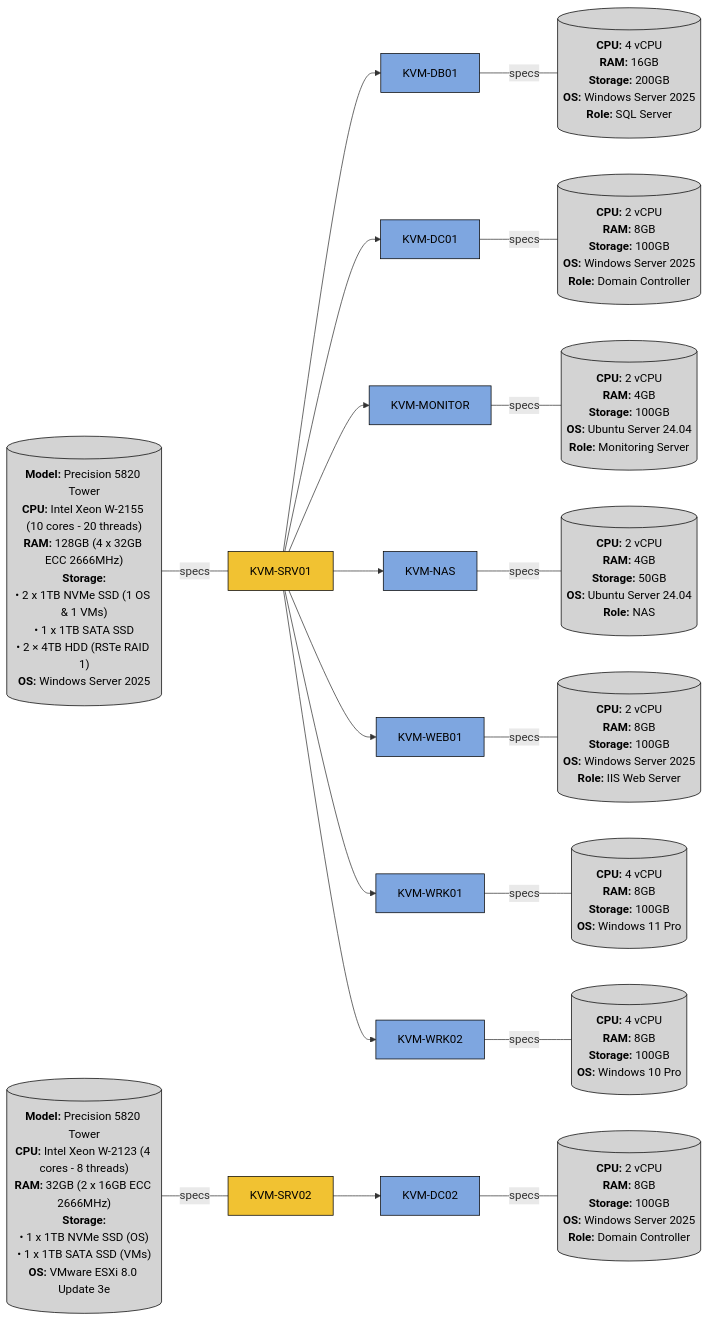
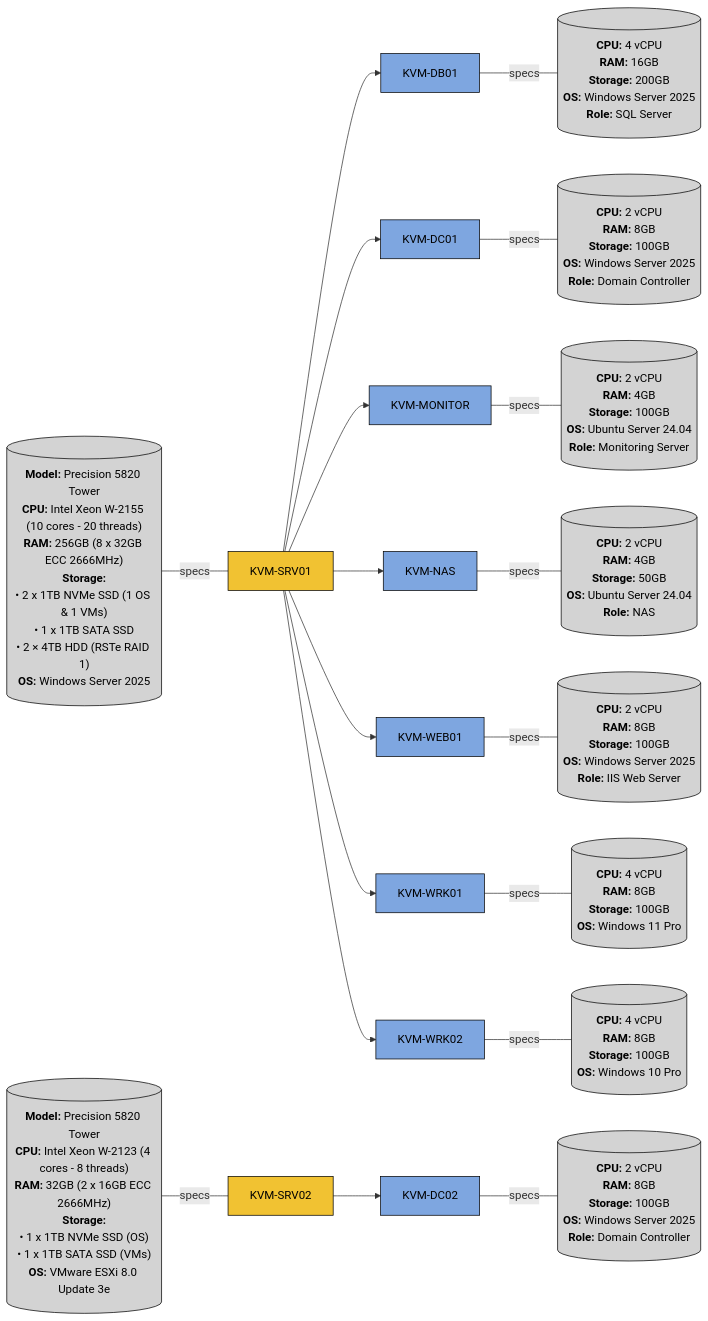
The diagram in README.md (khangvum/homelab-ansible-config), drawn with Mermaid before and after one commit.

Commit message:
Upgraded KVM-SRV01 RAM to 256GB

````diff
--- a/README.md
+++ b/README.md
@@ -14,75 +14,75 @@
 ```mermaid
 flowchart LR
     %% 1. KVM-SRV01
     %% - Host
     SRV01_SPECS[("`**Model:** Precision 5820 Tower
         **CPU:** Intel Xeon W-2155 (10 cores - 20 threads)
-        **RAM:** 128GB (4 x 32GB ECC 2666MHz)
+        **RAM:** 256GB (8 x 32GB ECC 2666MHz)
         **Storage:**
         • 2 x 1TB NVMe SSD (1 OS & 1 VMs)
         • 1 x 1TB SATA SSD
         • 2 × 4TB HDD (RSTe RAID 1)
         **OS:** Windows Server 2025`")] -- specs --- SRV01[KVM-SRV01]
     
     %% - VMs
     SRV01 --> DB01[KVM-DB01] -- specs --- DB01_SPECS[("`**CPU:** 4 vCPU
                                                         **RAM:** 16GB
                                                         **Storage:** 200GB
                                                         **OS:** Windows Server 2025
                                                         **Role:** SQL Server`")]
     SRV01 --> DC01[KVM-DC01] -- specs --- DC01_SPECS[("`**CPU:** 2 vCPU
                                                         **RAM:** 8GB
                                                         **Storage:** 100GB
                                                         **OS:** Windows Server 2025
                                                         **Role:** Domain Controller`")]
     SRV01 --> MONITOR[KVM-MONITOR] -- specs --- MONITOR_SPECS[("`**CPU:** 2 vCPU
                                                                 **RAM:** 4GB
                                                                 **Storage:** 100GB
                                                                 **OS:** Ubuntu Server 24.04
                                                                 **Role:** Monitoring Server`")]
     SRV01 --> NAS[KVM-NAS] -- specs --- NAS_SPECS[("`**CPU:** 2 vCPU
                                                     **RAM:** 4GB
                                                     **Storage:** 50GB
                                                     **OS:** Ubuntu Server 24.04
                                                     **Role:** NAS`")]        
     SRV01 --> WEB01[KVM-WEB01] -- specs --- WEB01_SPECS[("`**CPU:** 2 vCPU
                                                             **RAM:** 8GB
                                                             **Storage:** 100GB
                                                             **OS:** Windows Server 2025
                                                             **Role:** IIS Web Server`")]
     SRV01 --> WRK01[KVM-WRK01] -- specs --- WRK01_SPECS[("`**CPU:** 4 vCPU
                                                             **RAM:** 8GB
                                                             **Storage:** 100GB
                                                             **OS:** Windows 11 Pro`")]
     SRV01 --> WRK02[KVM-WRK02] -- specs --- WRK02_SPECS[("`**CPU:** 4 vCPU
                                                             **RAM:** 8GB
                                                             **Storage:** 100GB
                                                             **OS:** Windows 10 Pro`")]
 
     
 
     %% 2. KVM-SRV02
     %% - Host
     SRV02_SPECS[("`**Model:** Precision 5820 Tower
         **CPU:** Intel Xeon W-2123 (4 cores - 8 threads)
         **RAM:** 32GB (2 x 16GB ECC 2666MHz)
         **Storage:**
         • 1 x 1TB NVMe SSD (OS)
         • 1 x 1TB SATA SSD (VMs)
         **OS:** VMware ESXi 8.0 Update 3e`")] -- specs --- SRV02[KVM-SRV02]
 
     %% - VMs
     SRV02 --> DC02[KVM-DC02] -- specs --- DC02_SPECS[("`**CPU:** 2 vCPU
                                                         **RAM:** 8GB
                                                         **Storage:** 100GB
                                                         **OS:** Windows Server 2025
                                                         **Role:** Domain Controller`")]
 
     %% Styling
     class SRV01,SRV02 hosts
     classDef hosts fill:#f1c232,stroke:#000,color:#000
     class DB01,DC01,DC02,MONITOR,NAS,WEB01,WRK01,WRK02 vms
     classDef vms fill:#7ea6e0,stroke:#000,color:#000
     class SRV01_SPECS,SRV02_SPECS,DB01_SPECS,DC01_SPECS,DC02_SPECS,MONITOR_SPECS,NAS_SPECS,WEB01_SPECS,WRK01_SPECS,WRK02_SPECS specs
     classDef specs fill:#d3d3d3,stroke:#000,color:#000
 ```
````
